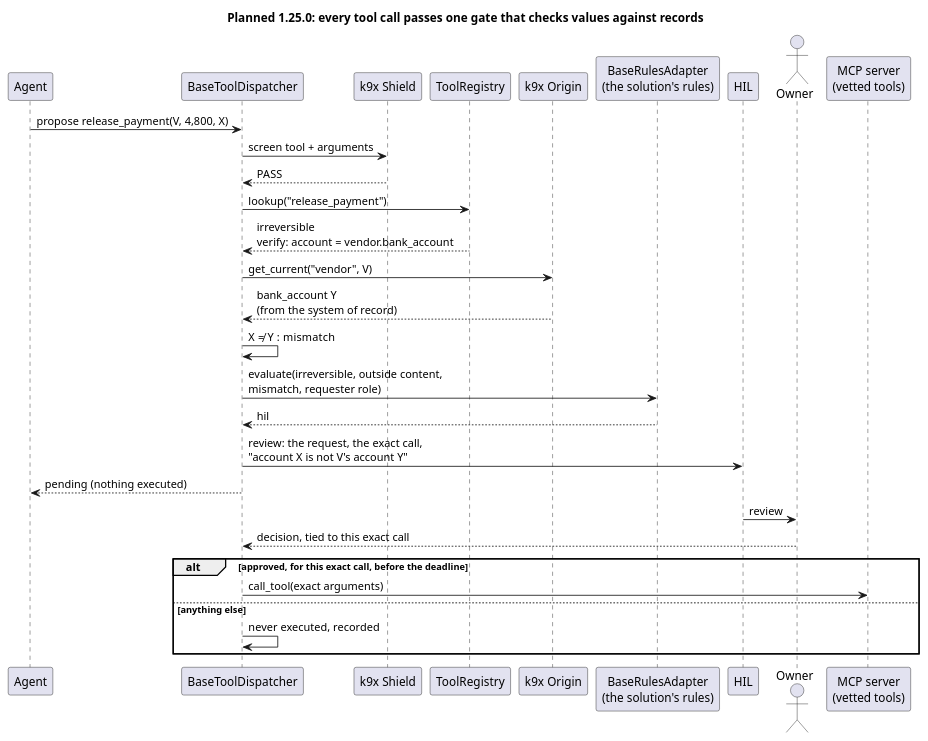
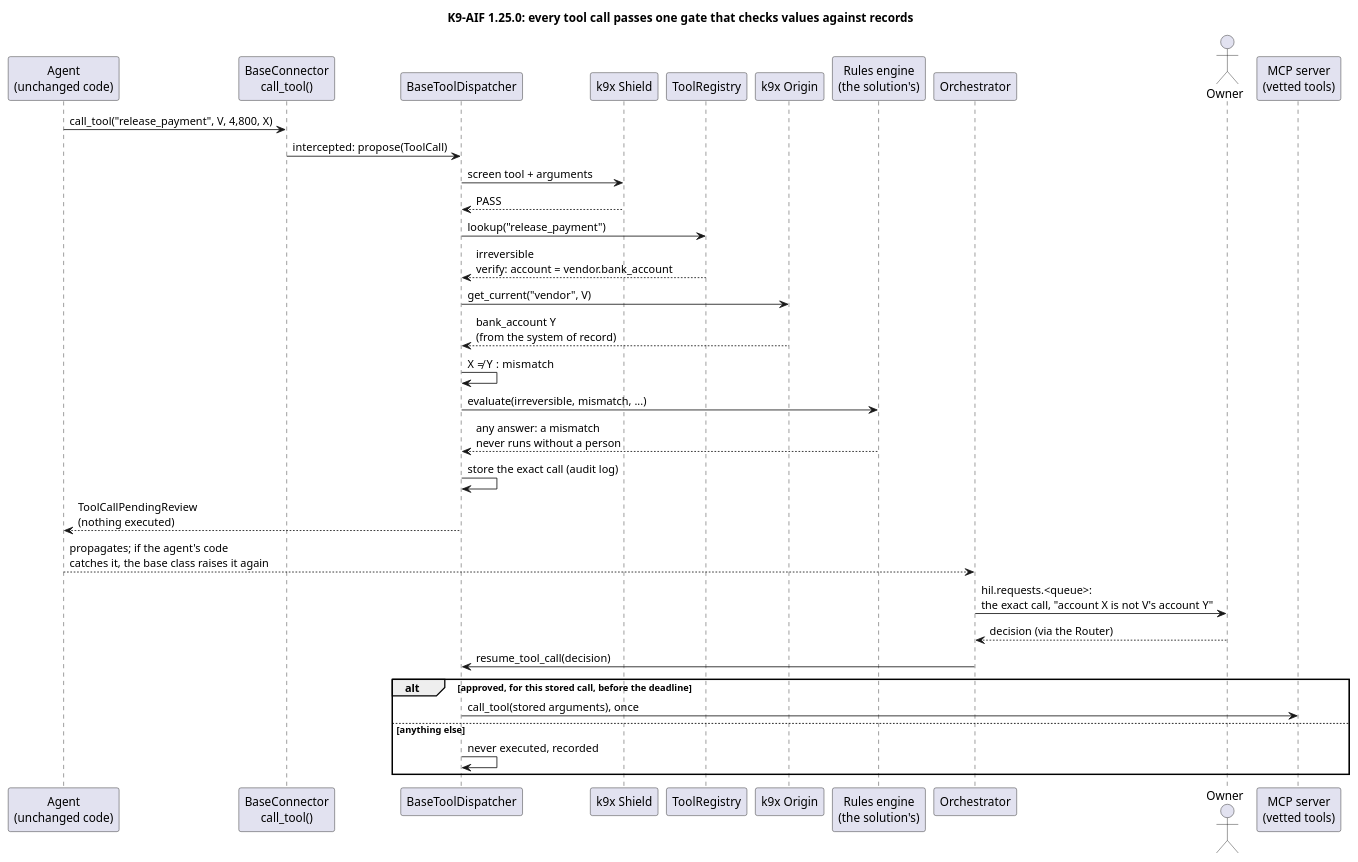
The diagram in assets/diagrams/hil-review-planned.puml (k9aif/k9-aif-blogs), drawn with PlantUML before and after one commit. The commit also changed 6 other files, not shown here.

Commit message:
Blog draft: describe the shipped 1.25.0 tool gate; K9X RulesEngine coming this week

```diff
--- a/assets/diagrams/hil-review-planned.puml
+++ b/assets/diagrams/hil-review-planned.puml
@@ -1,35 +1,38 @@
 @startuml hil-review-planned
-title Planned 1.25.0: every tool call passes one gate that checks values against records
+title K9-AIF 1.25.0: every tool call passes one gate that checks values against records
 
-participant "Agent" as A
+participant "Agent\n(unchanged code)" as A
+participant "BaseConnector\ncall_tool()" as C
 participant "BaseToolDispatcher" as D
 participant "k9x Shield" as SE
 participant "ToolRegistry" as R
 participant "k9x Origin" as OR
-participant "BaseRulesAdapter\n(the solution's rules)" as RU
-participant "HIL" as H
+participant "Rules engine\n(the solution's)" as RU
+participant "Orchestrator" as O
 actor "Owner" as V
 participant "MCP server\n(vetted tools)" as T
 
-A -> D : propose release_payment(V, 4,800, X)
+A -> C : call_tool("release_payment", V, 4,800, X)
+C -> D : intercepted: propose(ToolCall)
 D -> SE : screen tool + arguments
 SE --> D : PASS
 D -> R : lookup("release_payment")
 R --> D : irreversible\nverify: account = vendor.bank_account
 D -> OR : get_current("vendor", V)
 OR --> D : bank_account Y\n(from the system of record)
 D -> D : X ≠ Y : mismatch
-D -> RU : evaluate(irreversible, outside content,\nmismatch, requester role)
-RU --> D : hil
+D -> RU : evaluate(irreversible, mismatch, ...)
+RU --> D : any answer: a mismatch\nnever runs without a person
+D -> D : store the exact call (audit log)
+D --> A : ToolCallPendingReview\n(nothing executed)
+A --> O : propagates; if the agent's code\ncatches it, the base class raises it again
+O -> V : hil.requests.<queue>:\nthe exact call, "account X is not V's account Y"
+V --> O : decision (via the Router)
+O -> D : resume_tool_call(decision)
 
-D -> H : review: the request, the exact call,\n"account X is not V's account Y"
-D --> A : pending (nothing executed)
-H -> V : review
-V --> D : decision, tied to this exact call
-
-alt approved, for this exact call, before the deadline
-  D -> T : call_tool(exact arguments)
+alt approved, for this stored call, before the deadline
+  D -> T : call_tool(stored arguments), once
 else anything else
   D -> D : never executed, recorded
 end
 @enduml
```
